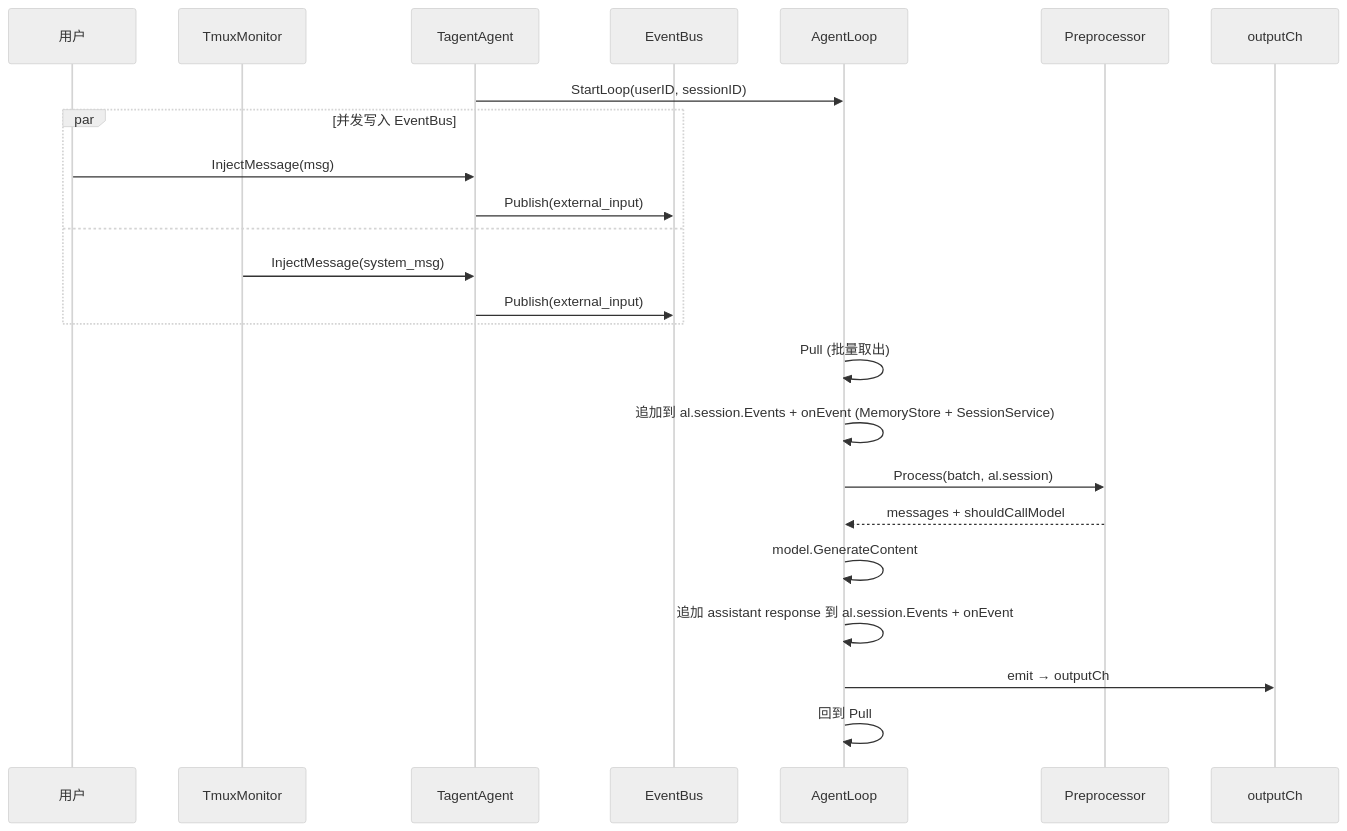
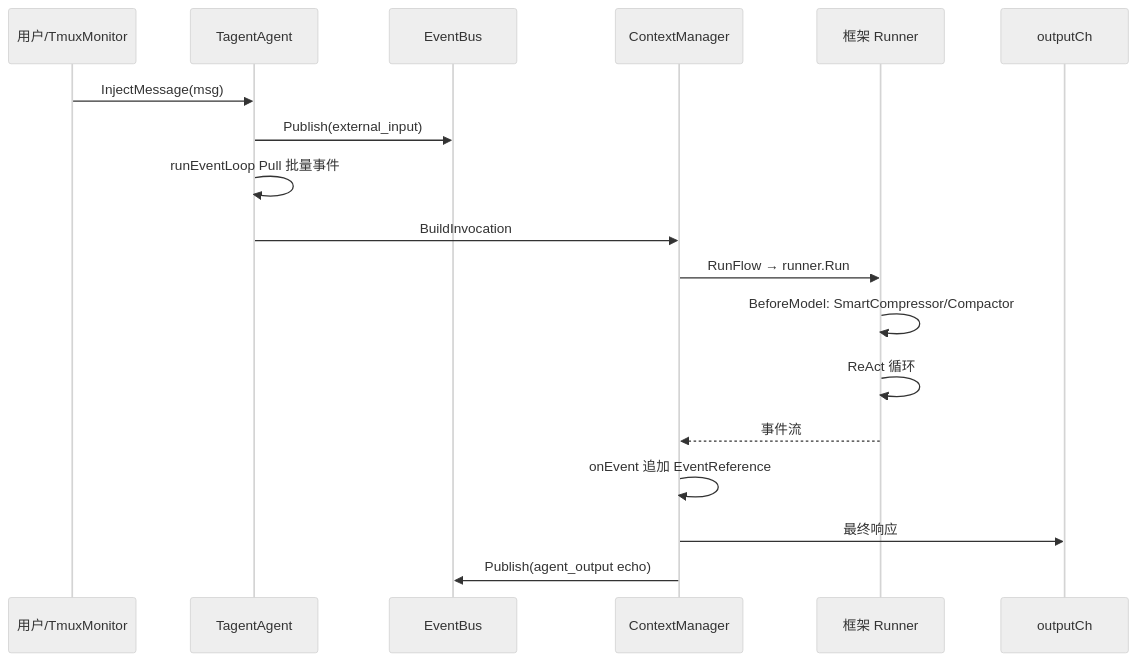
One commit to SpellingDragon/tagent changed the seventh of 9 diagrams in README.md. Above: the diagram before and after it, drawn with Mermaid (neutral theme). The commit also changed other lines of this file and 320 other files, not shown here.

````diff
--- a/README.md
+++ b/README.md
@@ -331,29 +300,21 @@
 ```mermaid
 sequenceDiagram
-    participant U as 用户
-    participant TM as TmuxMonitor
+    participant U as 用户/TmuxMonitor
     participant TA as TagentAgent
     participant EB as EventBus
-    participant AL as AgentLoop
-    participant PP as Preprocessor
+    participant CM as ContextManager
+    participant RUN as 框架 Runner
     participant OC as outputCh
 
-    TA->>AL: StartLoop(userID, sessionID)
-
-    par 并发写入 EventBus
-        U->>TA: InjectMessage(msg)
-        TA->>EB: Publish(external_input)
-    and
-        TM->>TA: InjectMessage(system_msg)
-        TA->>EB: Publish(external_input)
-    end
-
-    AL->>AL: Pull (批量取出)
-    AL->>AL: 追加到 al.session.Events + onEvent (MemoryStore + SessionService)
-    AL->>PP: Process(batch, al.session)
-    PP-->>AL: messages + shouldCallModel
-    AL->>AL: model.GenerateContent
-    AL->>AL: 追加 assistant response 到 al.session.Events + onEvent
-    AL->>OC: emit → outputCh
-    AL->>AL: 回到 Pull
+    U->>TA: InjectMessage(msg)
+    TA->>EB: Publish(external_input)
+    TA->>TA: runEventLoop Pull 批量事件
+    TA->>CM: BuildInvocation
+    CM->>RUN: RunFlow → runner.Run
+    RUN->>RUN: BeforeModel: SmartCompressor/Compactor
+    RUN->>RUN: ReAct 循环
+    RUN-->>CM: 事件流
+    CM->>CM: onEvent 追加 EventReference
+    CM->>OC: 最终响应
+    CM->>EB: Publish(agent_output echo)
 ```
````
